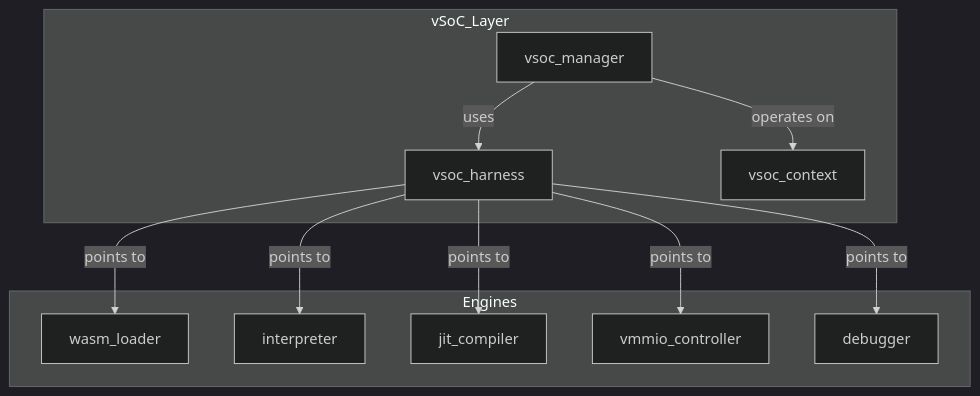
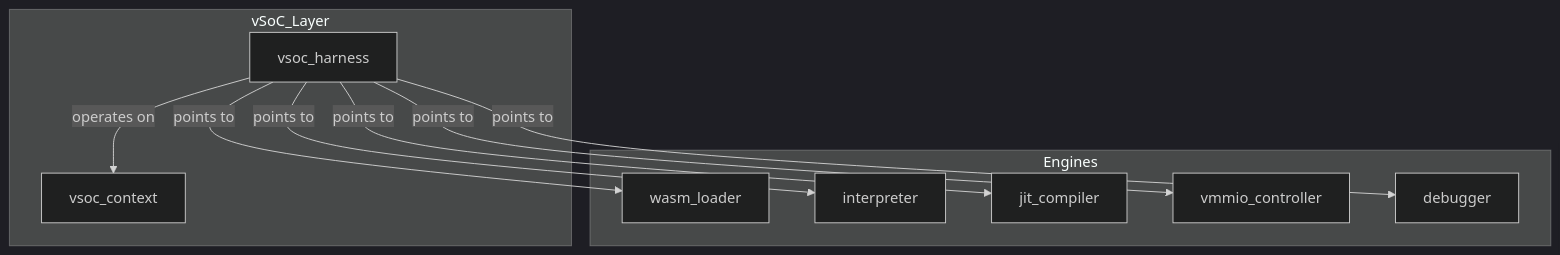
One commit to kmt-t/fireball changed the first of 5 diagrams in docs/components/tier2_runtime/runtime_vsoc.md. Above: the diagram before and after it, drawn with Mermaid (dark theme). The commit also changed other lines of this file and 18 other files, not shown here.

Commit message:
docs: harmonize component diagrams, state transitions, and symlinks across specifications

````diff
--- a/docs/components/tier2_runtime/runtime_vsoc.md
+++ b/docs/components/tier2_runtime/runtime_vsoc.md
@@ -28,24 +28,22 @@
 ```mermaid
 graph TD
     subgraph vSoC_Layer
         Harness[vsoc_harness]
-        Manager[vsoc_manager]
         Context[vsoc_context]
     end
 
     subgraph Engines
         Loader[wasm_loader]
         Interp[interpreter]
         JIT[jit_compiler]
         vMMIO[vmmio_controller]
         Debug[debugger]
     end
 
-    Manager -- uses --> Harness
     Harness -- points to --> Loader
     Harness -- points to --> Interp
     Harness -- points to --> JIT
     Harness -- points to --> vMMIO
     Harness -- points to --> Debug
-    Manager -- operates on --> Context
+    Harness -- operates on --> Context
 ```
````
